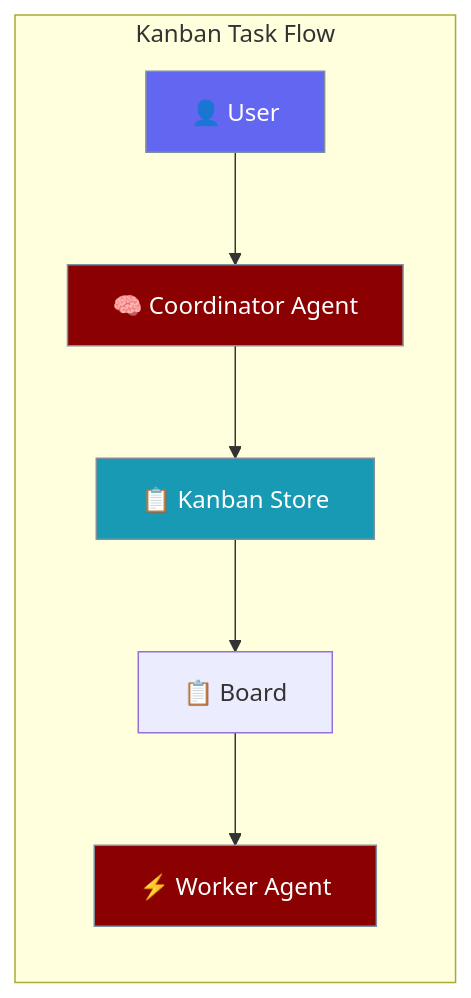
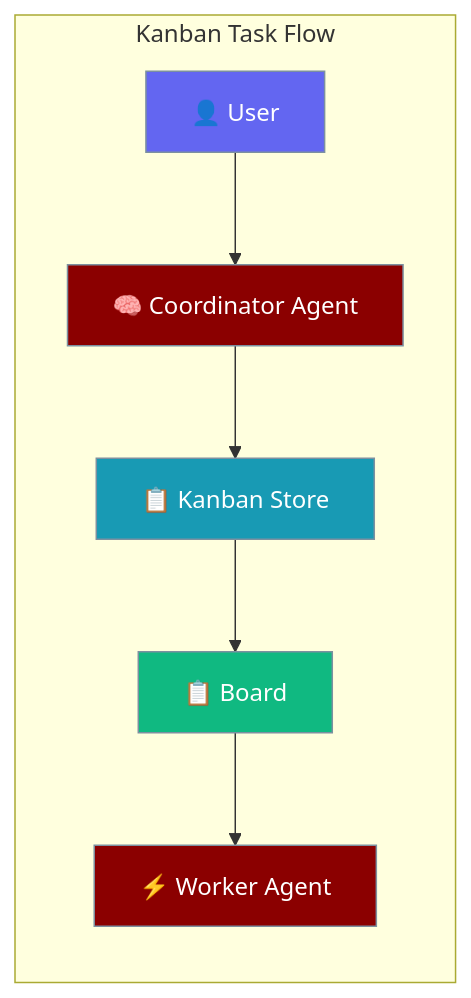
The first of 8 diagrams in docs/features/kanban.mdx (MervinPraison/PraisonAIDocs), drawn with Mermaid before and after one commit. The commit also changed other lines of this file and 1 other file, not shown here.

````diff
--- a/docs/features/kanban.mdx
+++ b/docs/features/kanban.mdx
@@ -10,22 +10,19 @@
 ```mermaid
 graph LR
     subgraph "Kanban Task Flow"
         User[👤 User] --> Coordinator[🧠 Coordinator Agent]
         Coordinator --> Store[📋 Kanban Store]
         Store --> Board[📋 Board]
         Board --> Worker[⚡ Worker Agent]
     end
     
     classDef user fill:#6366F1,stroke:#7C90A0,color:#fff
     classDef agent fill:#8B0000,stroke:#7C90A0,color:#fff
     classDef store fill:#189AB4,stroke:#7C90A0,color:#fff
     classDef result fill:#10B981,stroke:#7C90A0,color:#fff
     
     class User user
     class Coordinator,Worker agent
     class Store store
-    class Results result
-
-    classDef agent fill:#8B0000,color:#fff
-    classDef tool fill:#189AB4,color:#fff
+    class Board result
 ```
````
